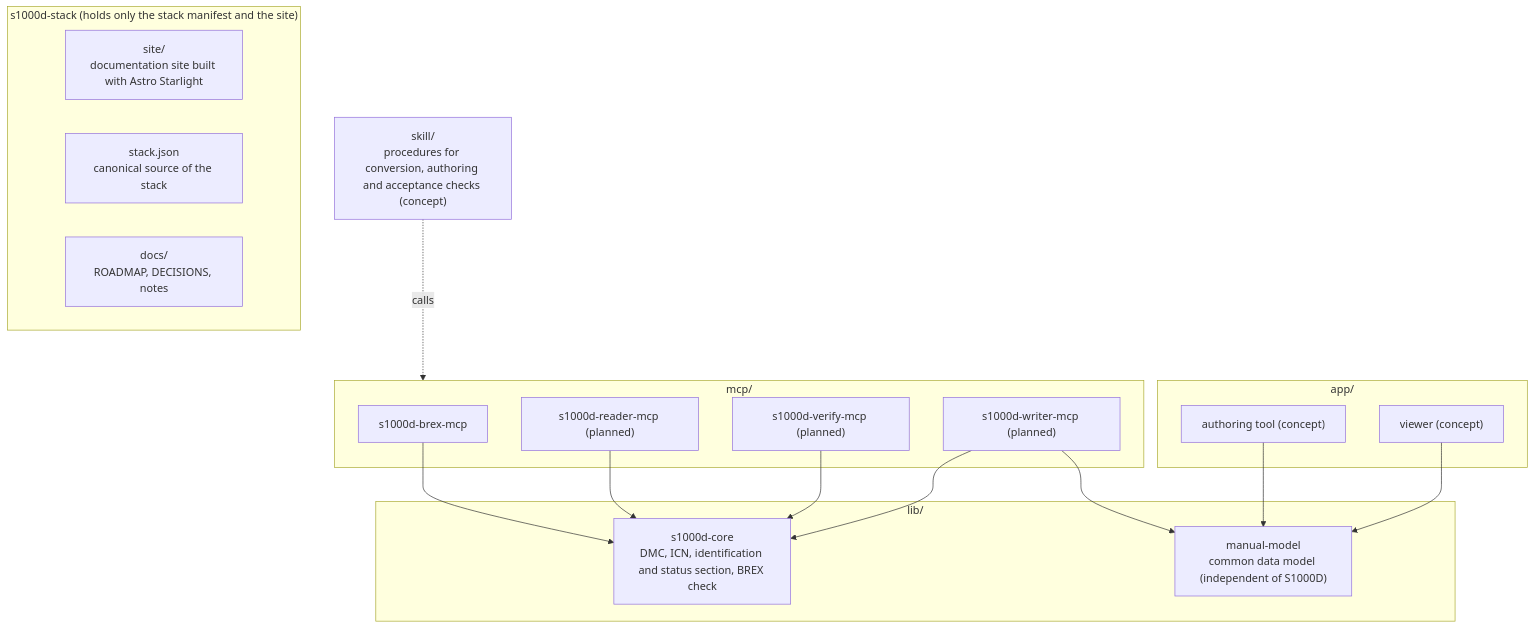
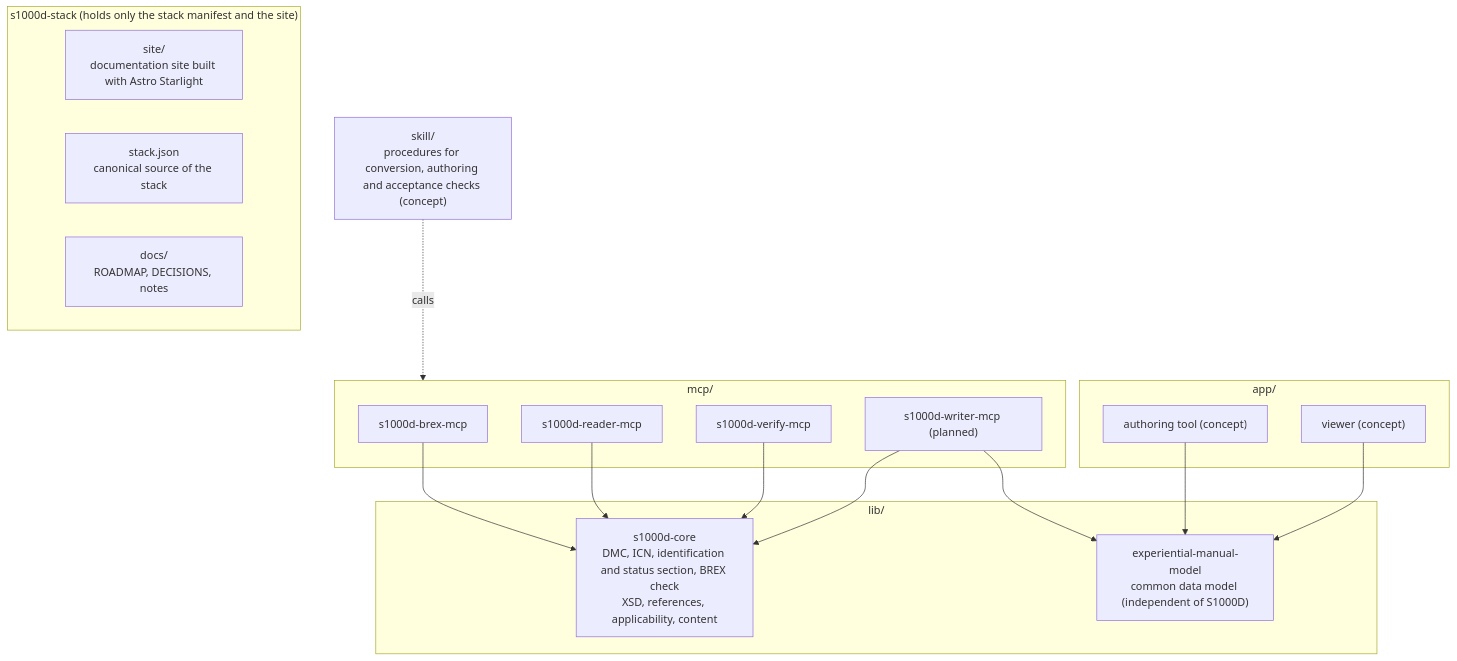
Before and after one commit to shuji-bonji/s1000d-stack: the diagram in README.md, drawn with Mermaid. The commit also changed other lines of this file and 17 other files, not shown here.

````diff
--- a/README.md
+++ b/README.md
@@ -28,31 +31,31 @@
 ```mermaid
 flowchart TB
   subgraph Hub["s1000d-stack (holds only the stack manifest and the site)"]
     SITE["site/<br/>documentation site built with Astro Starlight"]
     STACK["stack.json<br/>canonical source of the stack"]
     DOCS["docs/<br/>ROADMAP, DECISIONS, notes"]
   end
   subgraph Lib["lib/"]
-    CORE["s1000d-core<br/>DMC, ICN, identification and status section, BREX check"]
-    MODEL["manual-model<br/>common data model (independent of S1000D)"]
+    CORE["s1000d-core<br/>DMC, ICN, identification and status section, BREX check<br/>XSD, references, applicability, content"]
+    MODEL["experiential-manual-model<br/>common data model (independent of S1000D)"]
   end
   subgraph Mcp["mcp/"]
     BREX["s1000d-brex-mcp"]
-    R["s1000d-reader-mcp (planned)"]
-    V["s1000d-verify-mcp (planned)"]
+    R["s1000d-reader-mcp"]
+    V["s1000d-verify-mcp"]
     W["s1000d-writer-mcp (planned)"]
   end
   subgraph App["app/"]
     ED["authoring tool (concept)"]
     VW["viewer (concept)"]
   end
   SK["skill/<br/>procedures for conversion, authoring and acceptance checks (concept)"]
   BREX --> CORE
   R --> CORE
   V --> CORE
   W --> CORE
   W --> MODEL
   ED --> MODEL
   VW --> MODEL
   SK -.calls.-> Mcp
 ```
````
